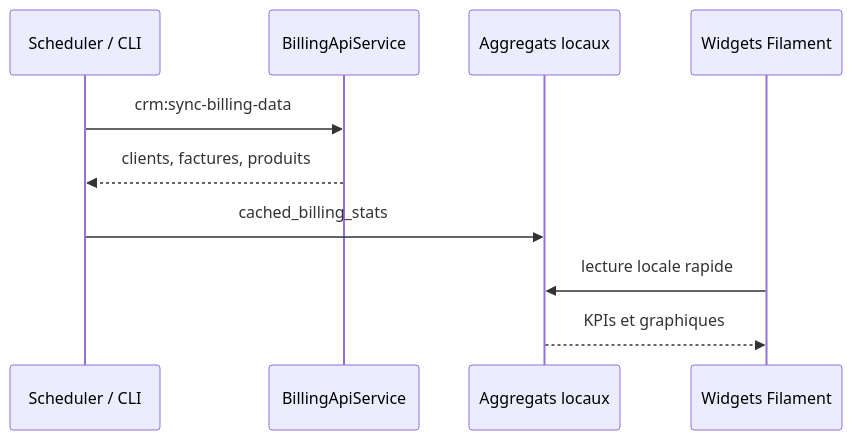
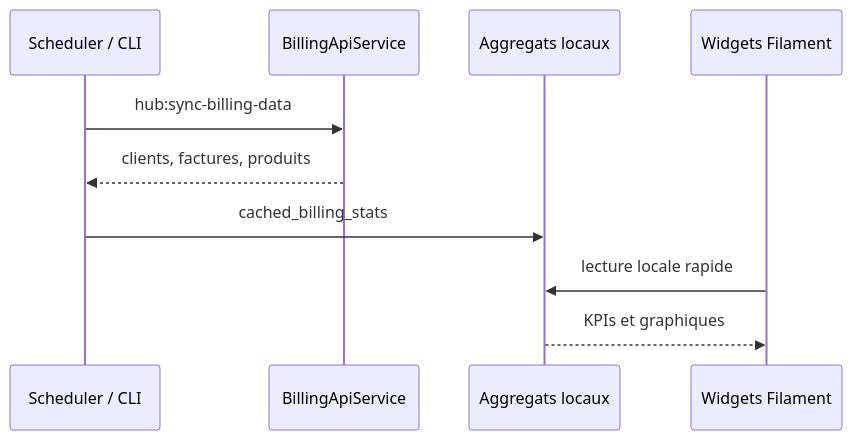
One commit to jp2creation/hub changed the ninth of 9 diagrams in docs/README.md. Above: the diagram before and after it, drawn with Mermaid. The commit also changed other lines of this file and 102 other files, not shown here.

````diff
--- a/docs/README.md
+++ b/docs/README.md
@@ -254,13 +254,13 @@
 ```mermaid
 sequenceDiagram
     participant Scheduler as Scheduler / CLI
     participant API as BillingApiService
     participant Cache as Aggregats locaux
     participant Filament as Widgets Filament
 
-    Scheduler->>API: crm:sync-billing-data
+    Scheduler->>API: hub:sync-billing-data
     API-->>Scheduler: clients, factures, produits
     Scheduler->>Cache: cached_billing_stats
     Filament->>Cache: lecture locale rapide
     Cache-->>Filament: KPIs et graphiques
 ```
````
